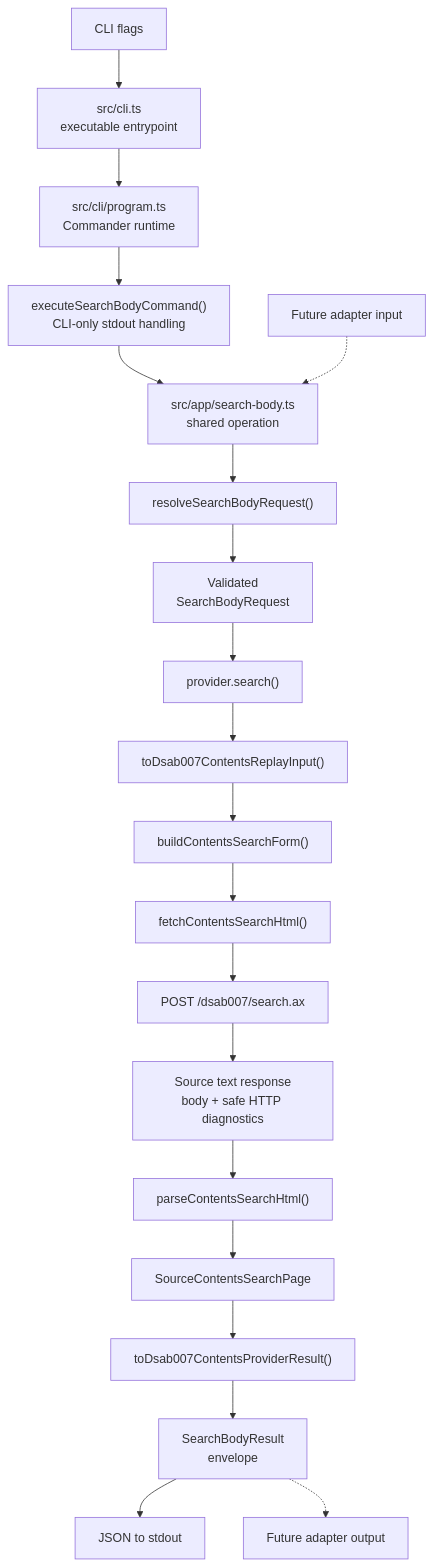
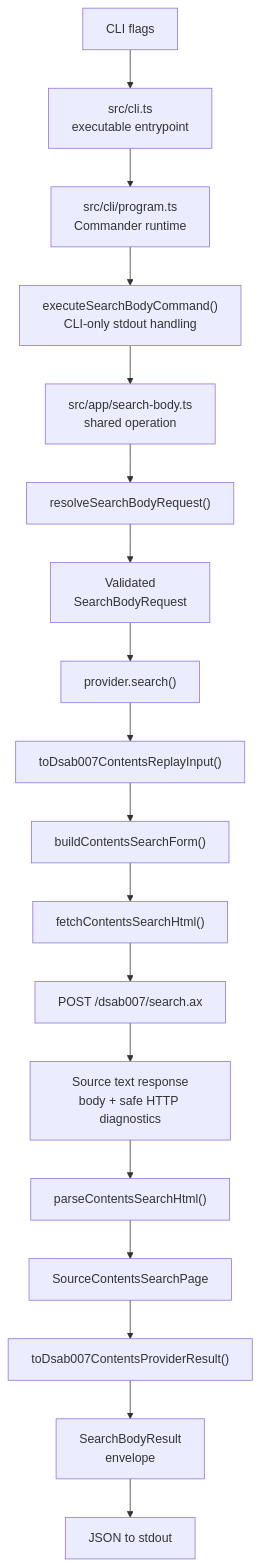
The fourth of 5 diagrams in src/ARCHITECTURE.md (cpaikr/darty), drawn with Mermaid before and after one commit. The commit also changed other lines of this file and 11 other files, not shown here.

````diff
--- a/src/ARCHITECTURE.md
+++ b/src/ARCHITECTURE.md
@@ -195,43 +192,39 @@
 ```mermaid
 graph TD
     CLI_INPUT["CLI flags"]
-    FUTURE_INPUT["Future adapter input"]
     CLI_ENTRY["src/cli.ts\nexecutable entrypoint"]
     CLI_PROGRAM["src/cli/program.ts\nCommander runtime"]
     CLI_CMD["executeSearchBodyCommand()\nCLI-only stdout handling"]
     APP["src/app/search-body.ts\nshared operation"]
     RESOLVE["resolveSearchBodyRequest()"]
     REQUEST["Validated\nSearchBodyRequest"]
     PROVIDER["provider.search()"]
     TO_REPLAY["toDsab007ContentsReplayInput()"]
     BUILD["buildContentsSearchForm()"]
     FETCH["fetchContentsSearchHtml()"]
     POST["POST /dsab007/search.ax"]
     HTML["Source text response\nbody + safe HTTP diagnostics"]
     PARSE_HTML["parseContentsSearchHtml()"]
     SOURCE_PAGE["SourceContentsSearchPage"]
     TO_RESULT["toDsab007ContentsProviderResult()"]
     ENVELOPE["SearchBodyResult\nenvelope"]
     CLI_OUTPUT["JSON to stdout"]
-    FUTURE_OUTPUT["Future adapter output"]
 
     CLI_INPUT --> CLI_ENTRY
     CLI_ENTRY --> CLI_PROGRAM
     CLI_PROGRAM --> CLI_CMD
     CLI_CMD --> APP
-    FUTURE_INPUT -.-> APP
     APP --> RESOLVE
     RESOLVE --> REQUEST
     REQUEST --> PROVIDER
     PROVIDER --> TO_REPLAY
     TO_REPLAY --> BUILD
     BUILD --> FETCH
     FETCH --> POST
     POST --> HTML
     HTML --> PARSE_HTML
     PARSE_HTML --> SOURCE_PAGE
     SOURCE_PAGE --> TO_RESULT
     TO_RESULT --> ENVELOPE
     ENVELOPE --> CLI_OUTPUT
-    ENVELOPE -.-> FUTURE_OUTPUT
 ```
````
